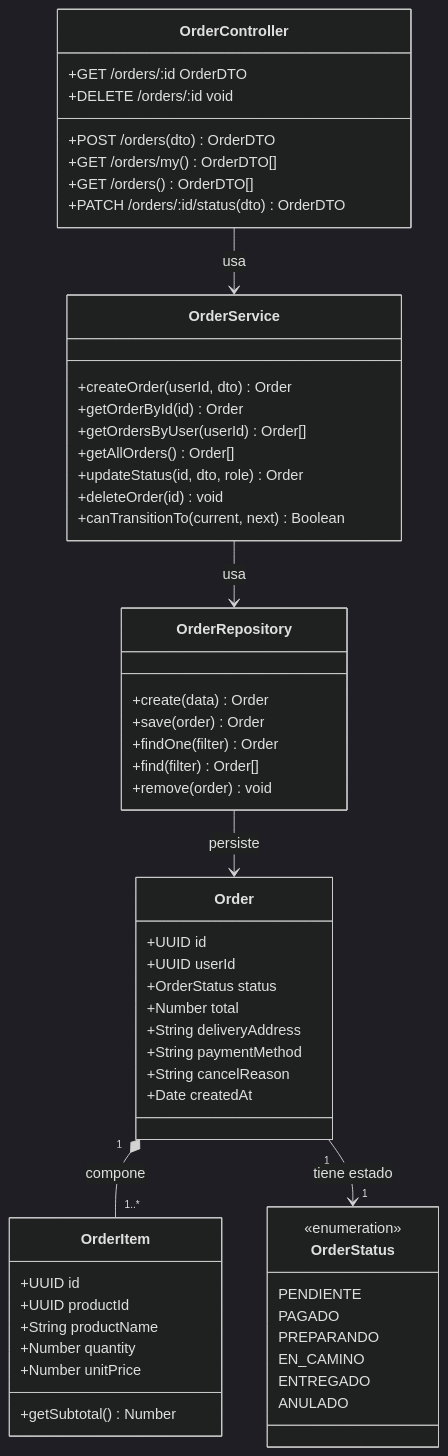
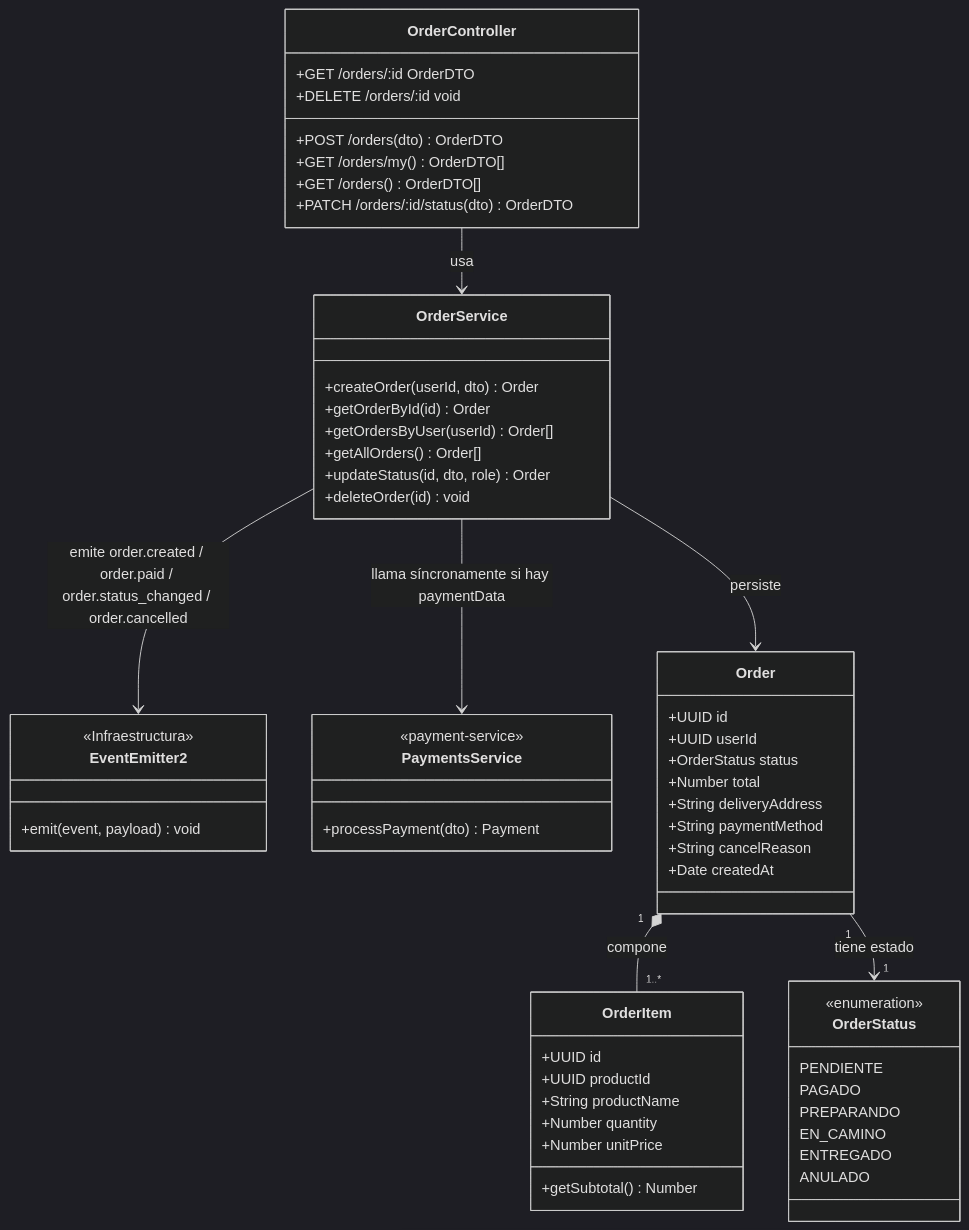
One commit to holyusm/INF-301-WWW changed the eighth of 12 diagrams in BackEnd-Arquitectura.md. Above: the diagram before and after it, drawn with Mermaid (dark theme). The commit also changed other lines of this file and 8 other files, not shown here.

````diff
--- a/BackEnd-Arquitectura.md
+++ b/BackEnd-Arquitectura.md
@@ -547,65 +1012,67 @@
 ```mermaid
 classDiagram
     class OrderController {
         +POST /orders(dto) OrderDTO
         +GET /orders/my() OrderDTO[]
         +GET /orders() OrderDTO[]
         +GET /orders/:id OrderDTO
         +PATCH /orders/:id/status(dto) OrderDTO
         +DELETE /orders/:id void
     }
 
     class OrderService {
         +createOrder(userId, dto) Order
         +getOrderById(id) Order
         +getOrdersByUser(userId) Order[]
         +getAllOrders() Order[]
         +updateStatus(id, dto, role) Order
         +deleteOrder(id) void
-        +canTransitionTo(current, next) Boolean
     }
 
-    class OrderRepository {
-        +create(data) Order
-        +save(order) Order
-        +findOne(filter) Order
-        +find(filter) Order[]
-        +remove(order) void
+    class EventEmitter2 {
+        <<Infraestructura>>
+        +emit(event, payload) void
+    }
+
+    class PaymentsService {
+        <<payment-service>>
+        +processPayment(dto) Payment
     }
 
     class Order {
         +UUID id
         +UUID userId
         +OrderStatus status
         +Number total
         +String deliveryAddress
         +String paymentMethod
         +String cancelReason
         +Date createdAt
     }
 
     class OrderItem {
         +UUID id
         +UUID productId
         +String productName
         +Number quantity
         +Number unitPrice
         +getSubtotal() Number
     }
 
     class OrderStatus {
         <<enumeration>>
         PENDIENTE
         PAGADO
         PREPARANDO
         EN_CAMINO
         ENTREGADO
         ANULADO
     }
 
     OrderController --> OrderService : usa
-    OrderService --> OrderRepository : usa
-    OrderRepository --> Order : persiste
+    OrderService --> EventEmitter2 : emite order.created / order.paid / order.status_changed / order.cancelled
+    OrderService --> PaymentsService : llama síncronamente si hay paymentData
+    OrderService --> Order : persiste
     Order "1" *-- "1..*" OrderItem : compone
     Order "1" --> "1" OrderStatus : tiene estado
 ```
````
